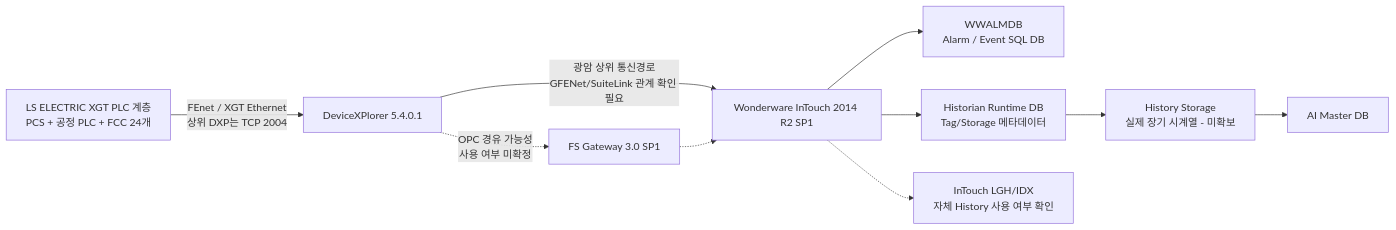
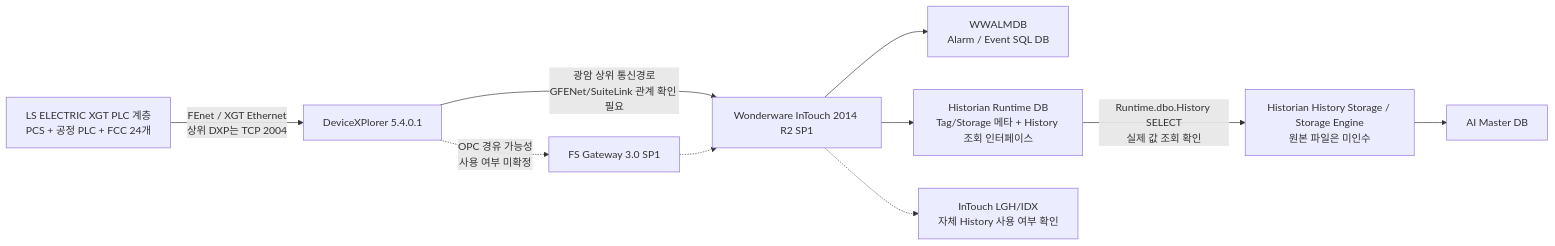
Before and after one commit to hori5000/Rulmera-OPA: the diagram in 20-Water-AI/광암/00-광암-홈.md, drawn with Mermaid. The commit also changed other lines of this file and 170 other files, not shown here.

````diff
--- a/20-Water-AI/광암/00-광암-홈.md
+++ b/20-Water-AI/광암/00-광암-홈.md
@@ -29,12 +29,12 @@
 ```mermaid
 flowchart LR
     PLC["LS ELECTRIC XGT PLC 계층<br/>PCS + 공정 PLC + FCC 24개"] -->|"FEnet / XGT Ethernet<br/>상위 DXP는 TCP 2004"| DXP["DeviceXPlorer 5.4.0.1"]
     DXP -->|"광암 상위 통신경로<br/>GFENet/SuiteLink 관계 확인 필요"| IT["Wonderware InTouch 2014 R2 SP1"]
     DXP -.->|"OPC 경유 가능성<br/>사용 여부 미확정"| FSG["FS Gateway 3.0 SP1"]
     FSG -.-> IT
     IT --> ALM["WWALMDB<br/>Alarm / Event SQL DB"]
-    IT --> HISTCFG["Historian Runtime DB<br/>Tag/Storage 메타데이터"]
-    HISTCFG --> HISTDATA["History Storage<br/>실제 장기 시계열 - 미확보"]
+    IT --> HISTCFG["Historian Runtime DB<br/>Tag/Storage 메타 + History 조회 인터페이스"]
+    HISTCFG -->|"Runtime.dbo.History SELECT<br/>실제 값 조회 확인"| HISTDATA["Historian History Storage / Storage Engine<br/>원본 파일은 미인수"]
     IT -.-> LGH["InTouch LGH/IDX<br/>자체 History 사용 여부 확인"]
     HISTDATA --> MASTER["AI Master DB"]
 ```
````
